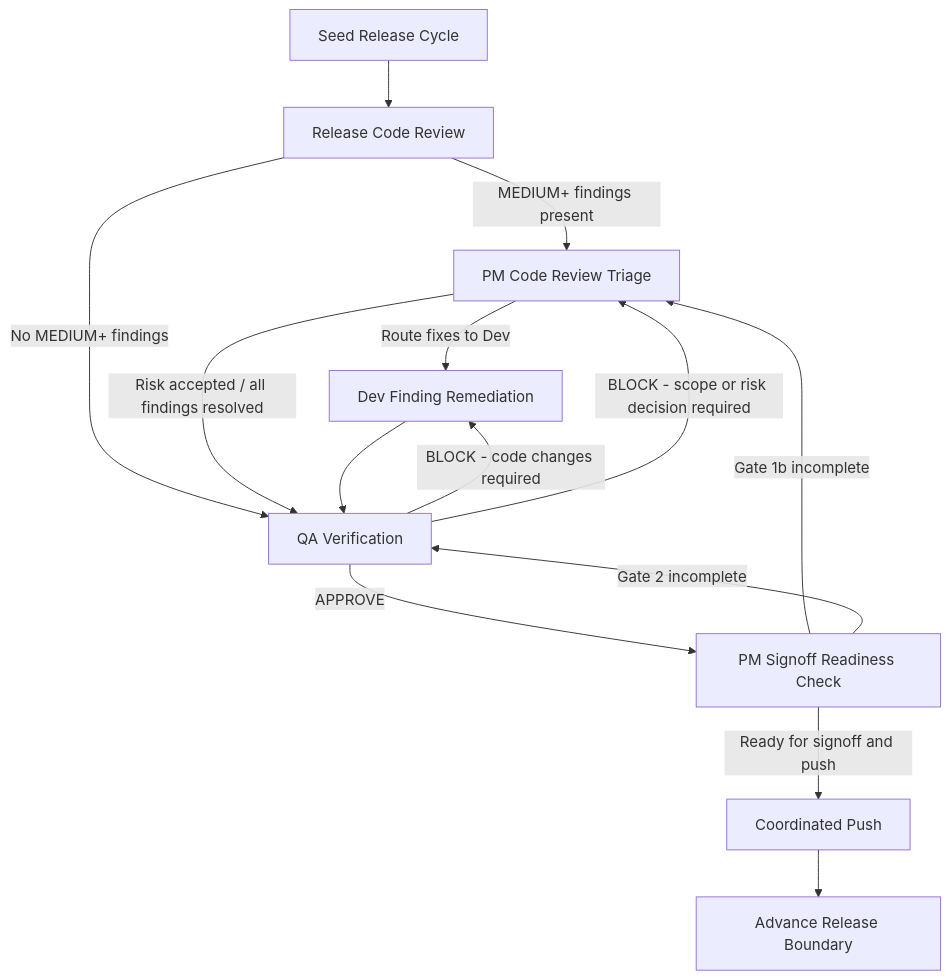
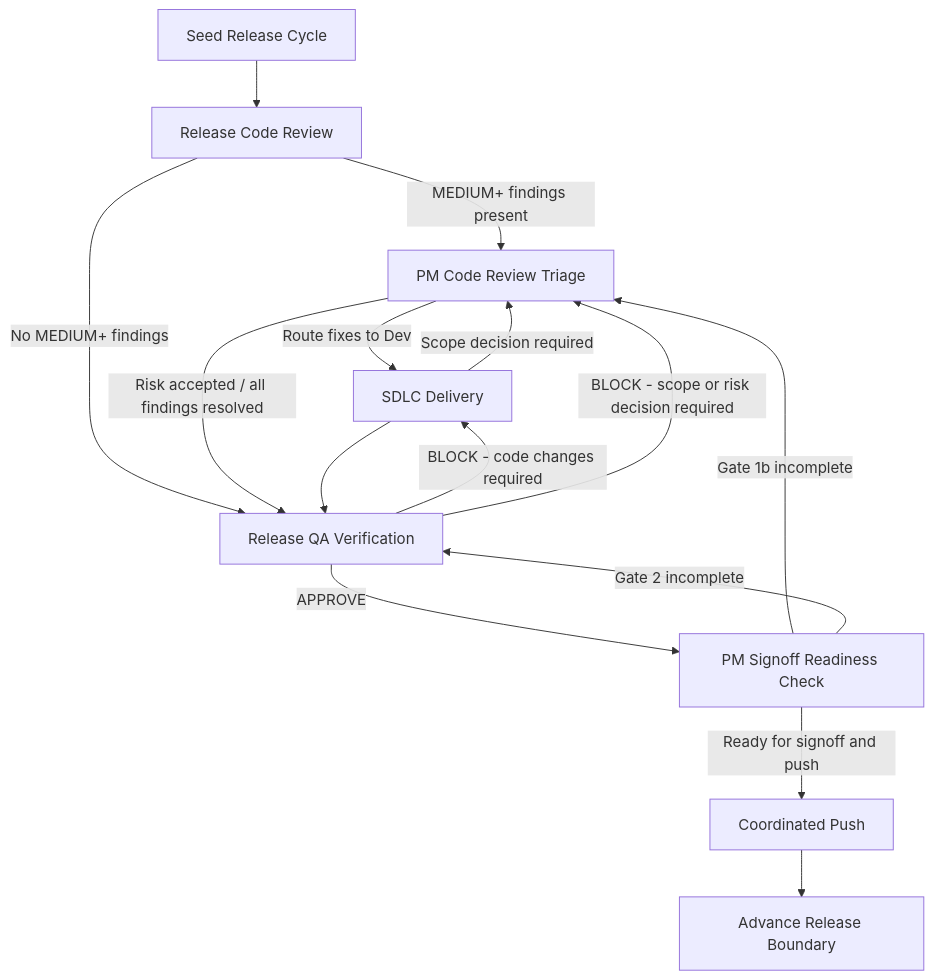
The fourth of 5 diagrams in runbooks/release-cycle-process-flow.md (Forseti-Life/copilot-hq), drawn with Mermaid before and after one commit. The commit also changed other lines of this file and 9 other files, not shown here.

````diff
--- a/runbooks/release-cycle-process-flow.md
+++ b/runbooks/release-cycle-process-flow.md
@@ -147,16 +150,17 @@
 ```mermaid
 flowchart TD
   A[Seed Release Cycle] --> B[Release Code Review]
   B -->|MEDIUM+ findings present| C[PM Code Review Triage]
-  B -->|No MEDIUM+ findings| E[QA Verification]
-  C -->|Route fixes to Dev| D[Dev Finding Remediation]
+  B -->|No MEDIUM+ findings| E[Release QA Verification]
+  C -->|Route fixes to Dev| D[SDLC Delivery]
   C -->|Risk accepted / all findings resolved| E
   D --> E
+  D -->|Scope decision required| C
   E -->|APPROVE| F[PM Signoff Readiness Check]
   E -->|BLOCK - code changes required| D
   E -->|BLOCK - scope or risk decision required| C
   F -->|Gate 1b incomplete| C
   F -->|Gate 2 incomplete| E
   F -->|Ready for signoff and push| G[Coordinated Push]
   G --> H[Advance Release Boundary]
 ```
````
